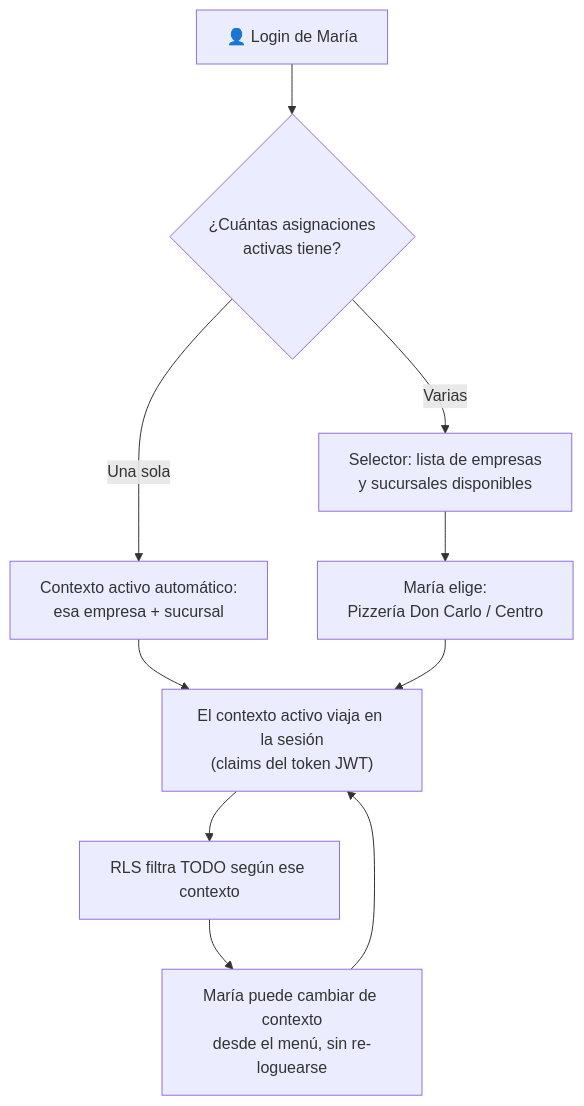
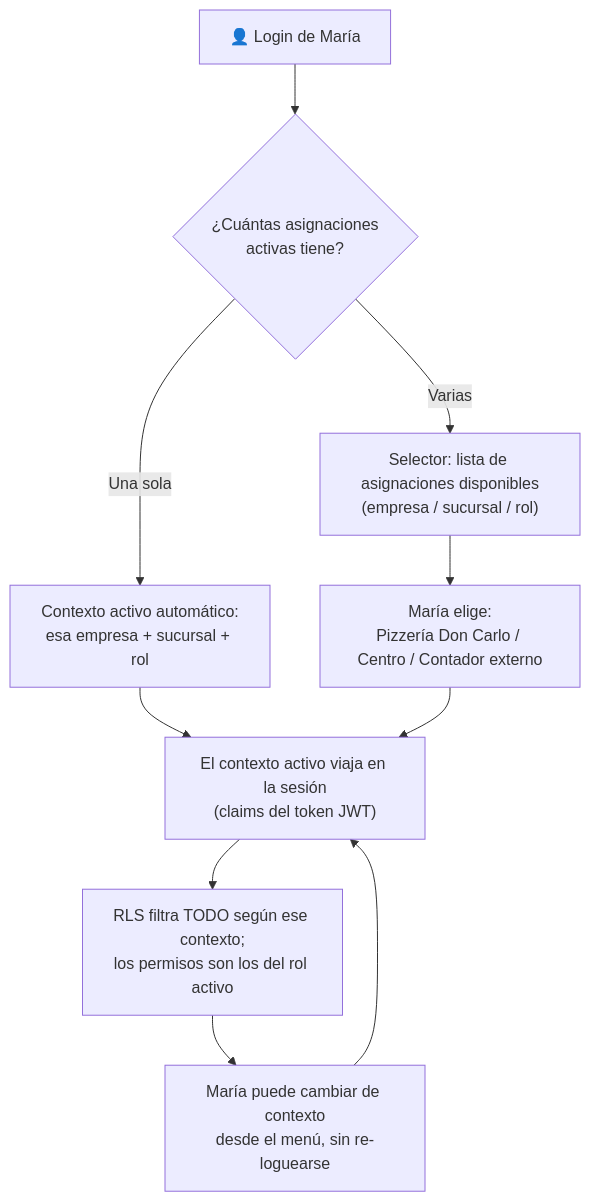
Diagram 11 of 13 in database-guidelines.md (Franco98404/database-guidelines), drawn with Mermaid before and after one commit. The commit also changed other lines of this file, not shown here.

First line of the commit message:
Versión 1.2.0: índice, flujos unificados, contexto activo con rol y trazabilidad

````diff
--- a/database-guidelines.md
+++ b/database-guidelines.md
@@ -418,11 +524,11 @@
 ```mermaid
 flowchart TD
     A["👤 Login de María"] --> B{"¿Cuántas asignaciones<br/>activas tiene?"}
-    B -- "Una sola" --> C["Contexto activo automático:<br/>esa empresa + sucursal"]
-    B -- "Varias" --> D["Selector: lista de empresas<br/>y sucursales disponibles"]
-    D --> E["María elige:<br/>Pizzería Don Carlo / Centro"]
+    B -- "Una sola" --> C["Contexto activo automático:<br/>esa empresa + sucursal + rol"]
+    B -- "Varias" --> D["Selector: lista de asignaciones disponibles<br/>(empresa / sucursal / rol)"]
+    D --> E["María elige:<br/>Pizzería Don Carlo / Centro / Contador externo"]
     C & E --> F["El contexto activo viaja en la sesión<br/>(claims del token JWT)"]
-    F --> G["RLS filtra TODO según ese contexto"]
+    F --> G["RLS filtra TODO según ese contexto;<br/>los permisos son los del rol activo"]
     G --> H["María puede cambiar de contexto<br/>desde el menú, sin re-loguearse"]
     H --> F
 ```
````
